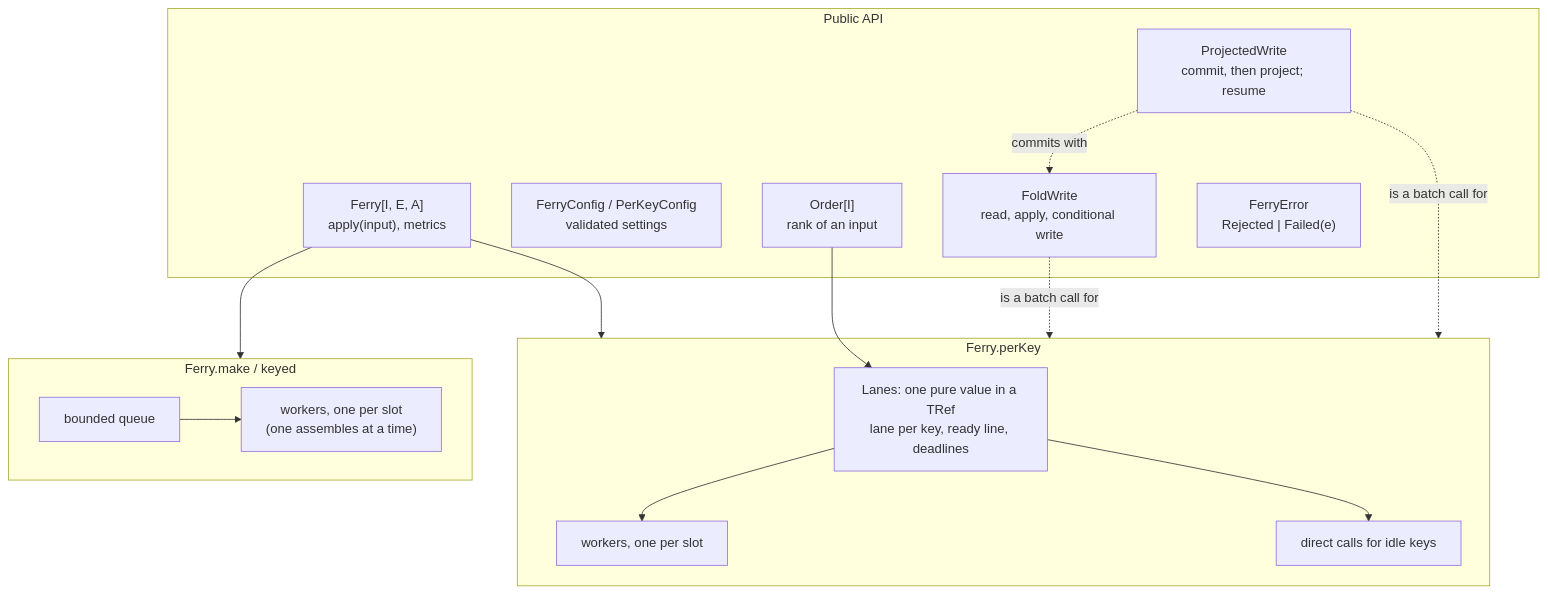
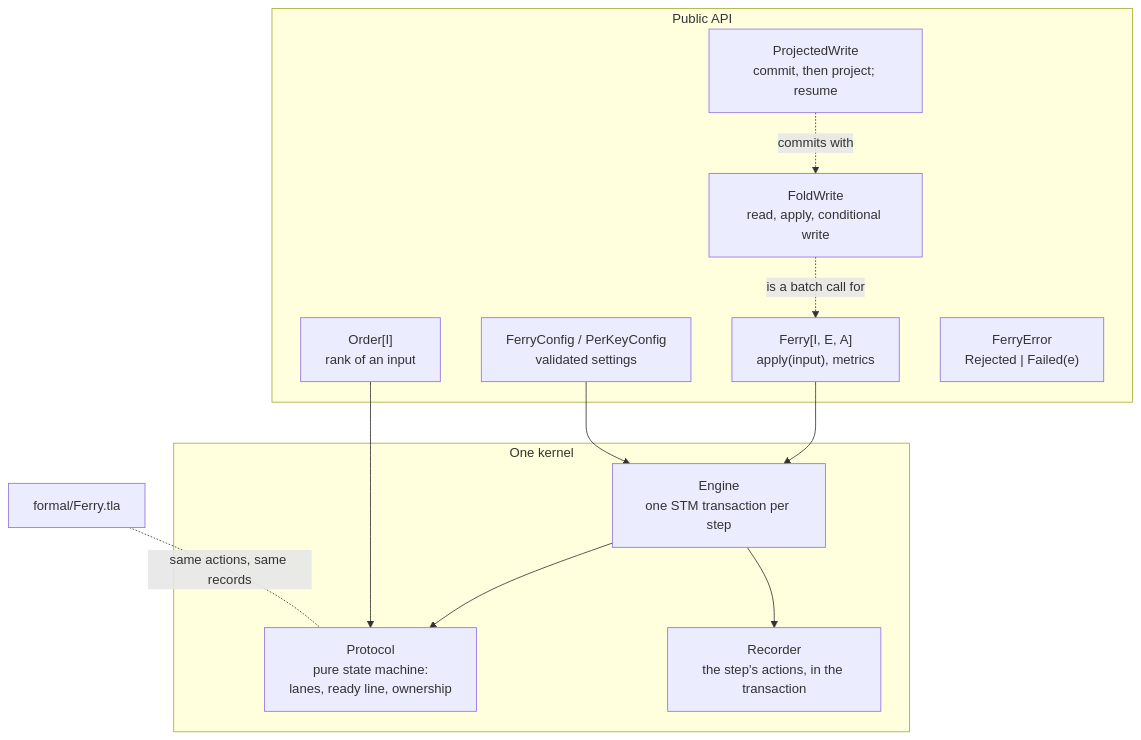
The diagram in docs/architecture/index.md (EtaCassiopeia/zio-ferry), drawn with Mermaid before and after one commit. The commit also changed other lines of this file and 15 other files, not shown here.

First line of the commit message:
Document the single protocol and how the code is kept in step with its model

````diff
--- a/docs/architecture/index.md
+++ b/docs/architecture/index.md
@@ -20,24 +22,21 @@
 ```mermaid
 flowchart TB
   subgraph api [Public API]
     BD["Ferry[I, E, A]<br/>apply(input), metrics"]
     CFG["FerryConfig / PerKeyConfig<br/>validated settings"]
     ORD["Order[I]<br/>rank of an input"]
     FW["FoldWrite<br/>read, apply, conditional write"]
     PW["ProjectedWrite<br/>commit, then project; resume"]
     ERR["FerryError<br/>Rejected | Failed(e)"]
   end
-  subgraph make ["Ferry.make / keyed"]
-    Q[bounded queue] --> W1["workers, one per slot<br/>(one assembles at a time)"]
+  subgraph core [One kernel]
+    E["Engine<br/>one STM transaction per step"] --> P["Protocol<br/>pure state machine:<br/>lanes, ready line, ownership"]
+    E --> R["Recorder<br/>the step's actions, in the transaction"]
   end
-  subgraph perkey ["Ferry.perKey"]
-    L["Lanes: one pure value in a TRef<br/>lane per key, ready line, deadlines"] --> W2[workers, one per slot]
-    L --> DC[direct calls for idle keys]
-  end
-  BD --> make
-  BD --> perkey
-  ORD --> L
-  FW -. "is a batch call for" .-> perkey
+  BD --> E
+  CFG --> E
+  ORD --> P
+  FW -. "is a batch call for" .-> BD
   PW -. "commits with" .-> FW
-  PW -. "is a batch call for" .-> perkey
+  M["formal/Ferry.tla"] -. "same actions, same records" .- P
 ```
````
